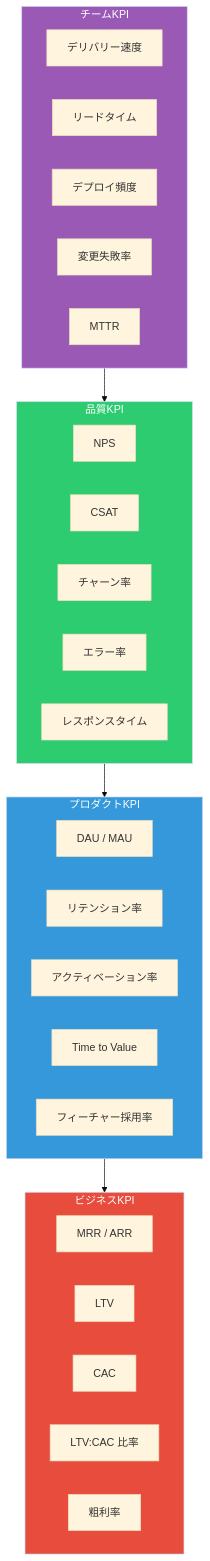
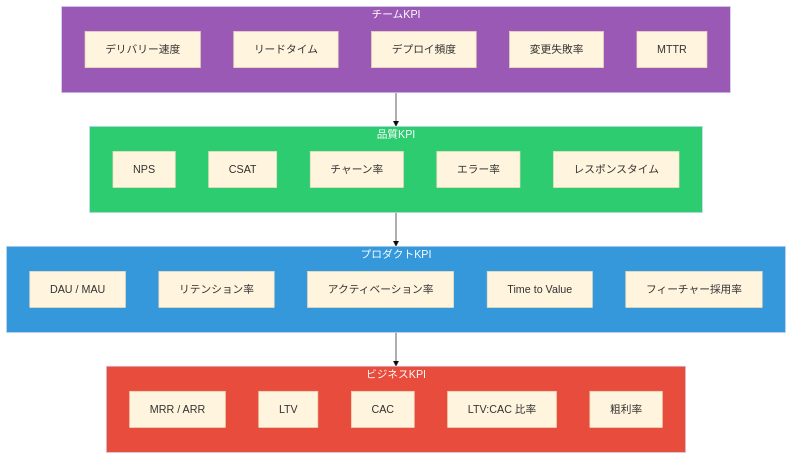
Before and after one commit to shuji-bonji/Management-of-software-systems-and-services: diagram 12 of 14 in product-lifecycle-map.md, drawn with Mermaid (base theme). The commit also changed other lines of this file and 9 other files, not shown here.

Commit message:
fix: Mermaid図の改善

````diff
--- a/product-lifecycle-map.md
+++ b/product-lifecycle-map.md
@@ -703,43 +691,47 @@
 ```mermaid
 graph TD
     subgraph BIZ["ビジネスKPI"]
+        direction TB
         MRR["MRR / ARR"]
         LTV["LTV"]
         CAC["CAC"]
         UNIT["LTV:CAC 比率"]
         MARGIN["粗利率"]
     end
 
     subgraph PRODUCT["プロダクトKPI"]
+        direction TB
         DAU["DAU / MAU"]
         RET["リテンション率"]
         ACT["アクティベーション率"]
         TTV["Time to Value"]
         ADOPT["フィーチャー採用率"]
     end
 
     subgraph QUALITY["品質KPI"]
+        direction TB
         NPS["NPS"]
         CSAT["CSAT"]
         CHURN["チャーン率"]
         ERR["エラー率"]
         PERF["レスポンスタイム"]
     end
 
     subgraph TEAM["チームKPI"]
+        direction TB
         VEL["デリバリー速度"]
         LEAD["リードタイム"]
         FREQ["デプロイ頻度"]
         FAIL["変更失敗率"]
         MTTR["MTTR"]
     end
 
     PRODUCT --> BIZ
     QUALITY --> PRODUCT
     TEAM --> QUALITY
 
     style BIZ fill:#E74C3C,color:#fff
     style PRODUCT fill:#3498DB,color:#fff
     style QUALITY fill:#2ECC71,color:#fff
     style TEAM fill:#9B59B6,color:#fff
 ```
````
